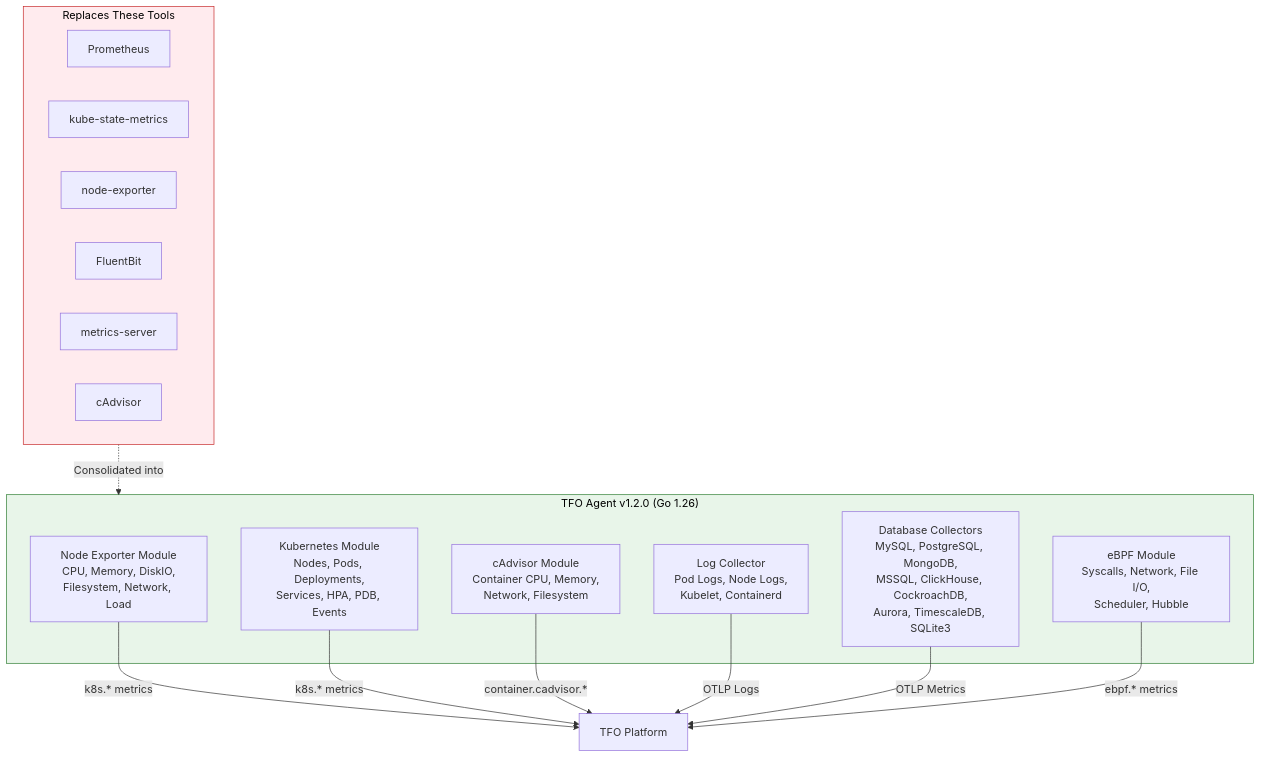
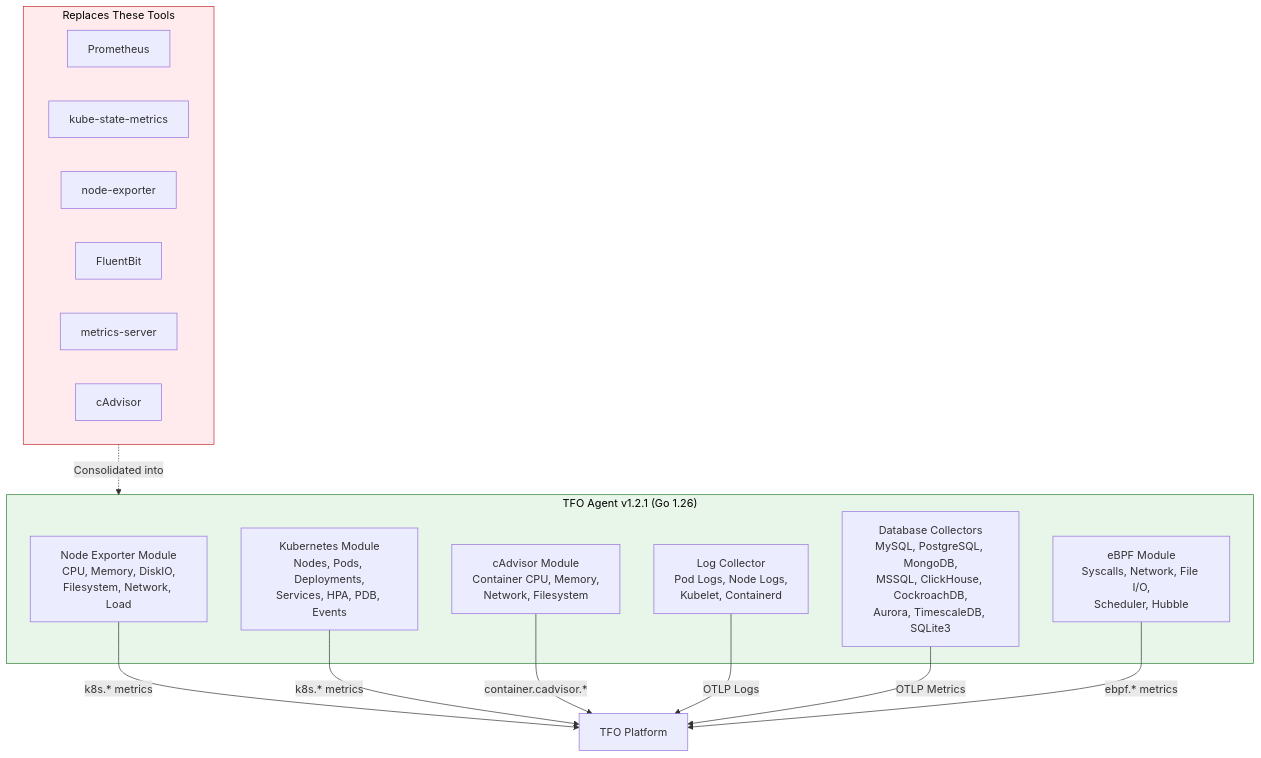
The seventh of 18 diagrams in README.md (telemetryflow/.github), drawn with Mermaid before and after one commit. The commit also changed other lines of this file and 19 other files, not shown here.

````diff
--- a/README.md
+++ b/README.md
@@ -354,31 +623,31 @@
 ```mermaid
 graph TB
     subgraph Replaced["Replaces These Tools"]
         PROM["Prometheus"]
         KSM["kube-state-metrics"]
         NE["node-exporter"]
         FB["FluentBit"]
         MS["metrics-server"]
         CAD["cAdvisor"]
     end
 
-    subgraph Agent["TFO Agent v1.2.0 (Go 1.26)"]
+    subgraph Agent["TFO Agent v1.2.1 (Go 1.26)"]
         NE_MOD["Node Exporter Module<br/>CPU, Memory, DiskIO,<br/>Filesystem, Network, Load"]
         K8S_MOD["Kubernetes Module<br/>Nodes, Pods, Deployments,<br/>Services, HPA, PDB, Events"]
         CAD_MOD["cAdvisor Module<br/>Container CPU, Memory,<br/>Network, Filesystem"]
         LOG_MOD["Log Collector<br/>Pod Logs, Node Logs,<br/>Kubelet, Containerd"]
         DB_MOD["Database Collectors<br/>MySQL, PostgreSQL, MongoDB,<br/>MSSQL, ClickHouse, CockroachDB,<br/>Aurora, TimescaleDB, SQLite3"]
         EBPF_MOD["eBPF Module<br/>Syscalls, Network, File I/O,<br/>Scheduler, Hubble"]
     end
 
     Replaced -.->|"Consolidated into"| Agent
     NE_MOD -->|"k8s.* metrics"| PLATFORM["TFO Platform"]
     K8S_MOD -->|"k8s.* metrics"| PLATFORM
     CAD_MOD -->|"container.cadvisor.*"| PLATFORM
     LOG_MOD -->|"OTLP Logs"| PLATFORM
     DB_MOD -->|"OTLP Metrics"| PLATFORM
     EBPF_MOD -->|"ebpf.* metrics"| PLATFORM
 
     style Replaced fill:#ffebee,stroke:#c62828,color:#000
     style Agent fill:#e8f5e9,stroke:#2e7d32,color:#000
 ```
````
